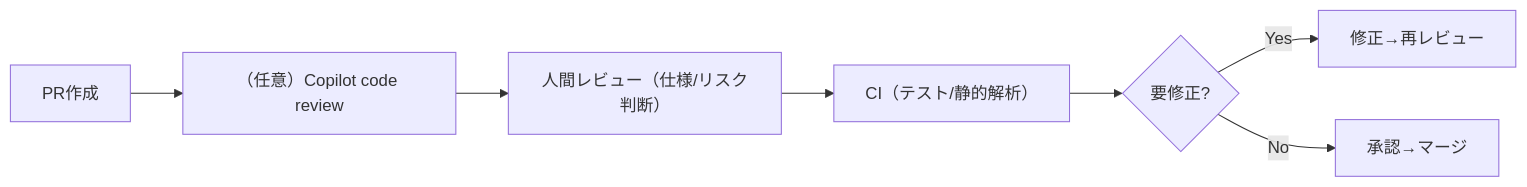
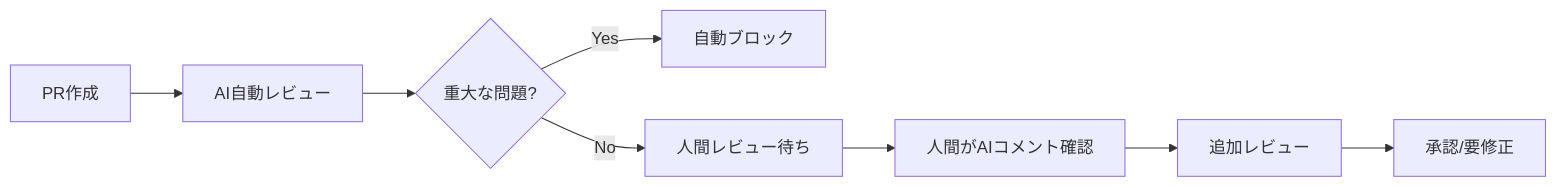
The diagram in docs/chapters/chapter07/index.md (itdojp/github-workflow-book), drawn with Mermaid before and after one commit. The commit also changed other lines of this file and 1 other file, not shown here.

````diff
--- a/docs/chapters/chapter07/index.md
+++ b/docs/chapters/chapter07/index.md
@@ -239,9 +241,10 @@
 ```mermaid
 graph LR
-    A[PR作成] --> B[（任意）Copilot code review]
-    B --> C[人間レビュー（仕様/リスク判断）]
-    C --> D[CI（テスト/静的解析）]
-    D --> E{要修正?}
-    E -->|Yes| F[修正→再レビュー]
-    E -->|No| G[承認→マージ]
+    A[PR作成] --> B[AI自動レビュー]
+    B --> C{重大な問題?}
+    C -->|Yes| D[自動ブロック]
+    C -->|No| E[人間レビュー待ち]
+    E --> F[人間がAIコメント確認]
+    F --> G[追加レビュー]
+    G --> H[承認/要修正]
 ```
````
